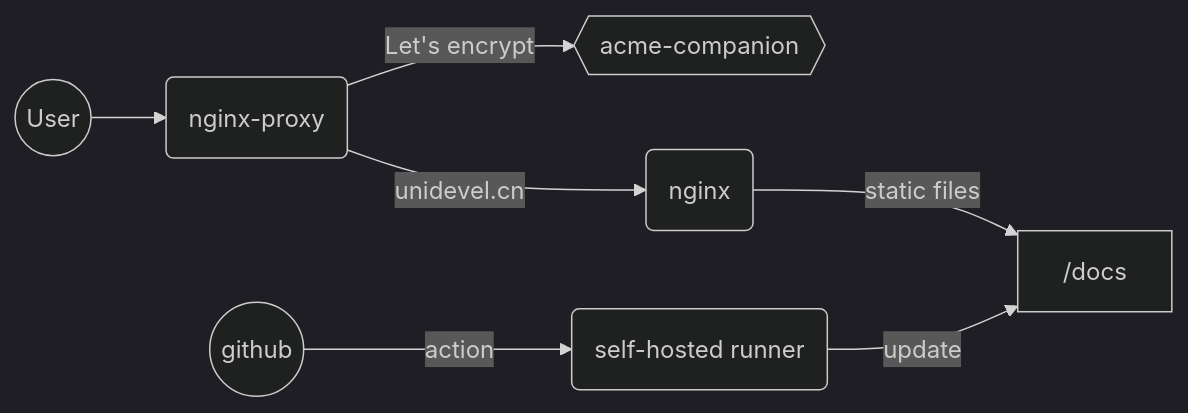
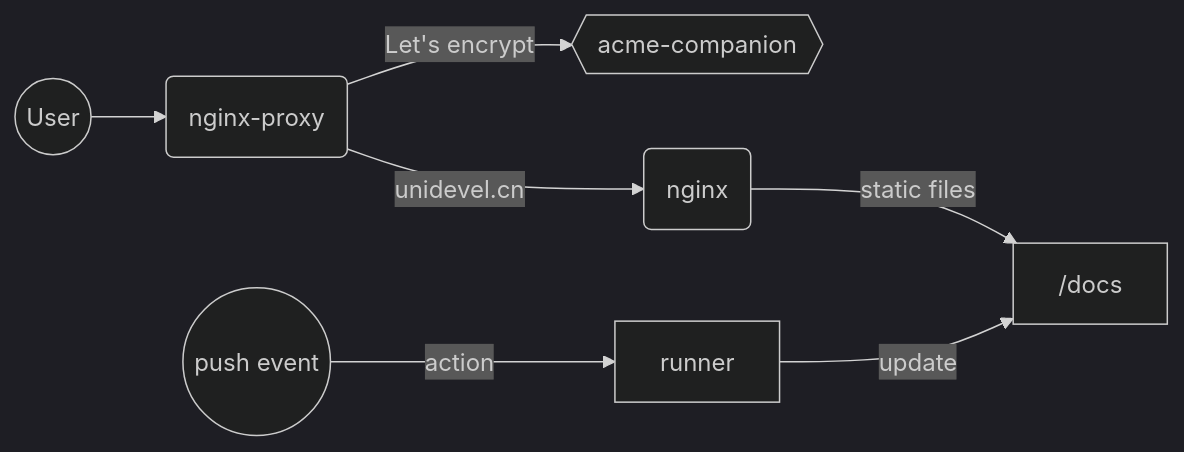
One commit to unidevel/mysite changed the first of 2 diagrams in docs/README.md. Above: the diagram before and after it, drawn with Mermaid (dark theme).

````diff
--- a/docs/README.md
+++ b/docs/README.md
@@ -5,8 +5,8 @@
 ```mermaid
 graph LR
     user(( User )) --> proxy
     proxy(nginx-proxy) -- Let's encrypt --> acme{{acme-companion}}
     proxy -- unidevel.cn --> nginx-docs(nginx)
     nginx-docs -- static files --> site[ /docs ]
-    actions((github))  -- action --> runner( self-hosted runner ) -- update --> site
+    actions((push event))  -- action --> runner -- update --> site
 ```
````
